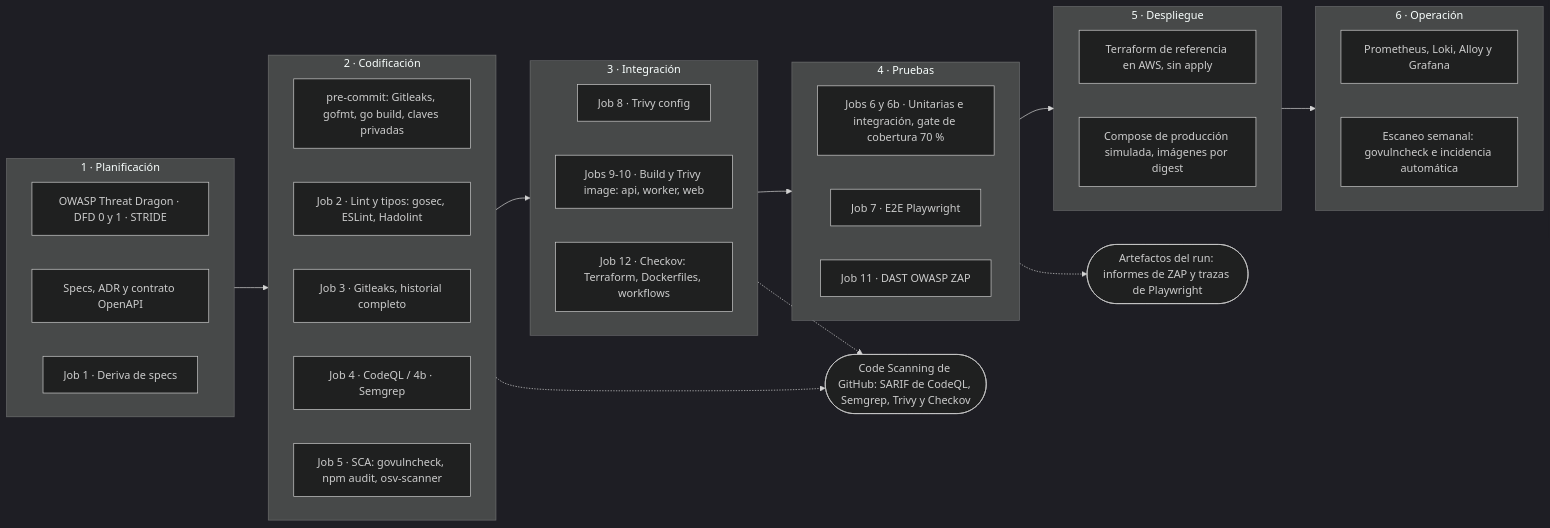
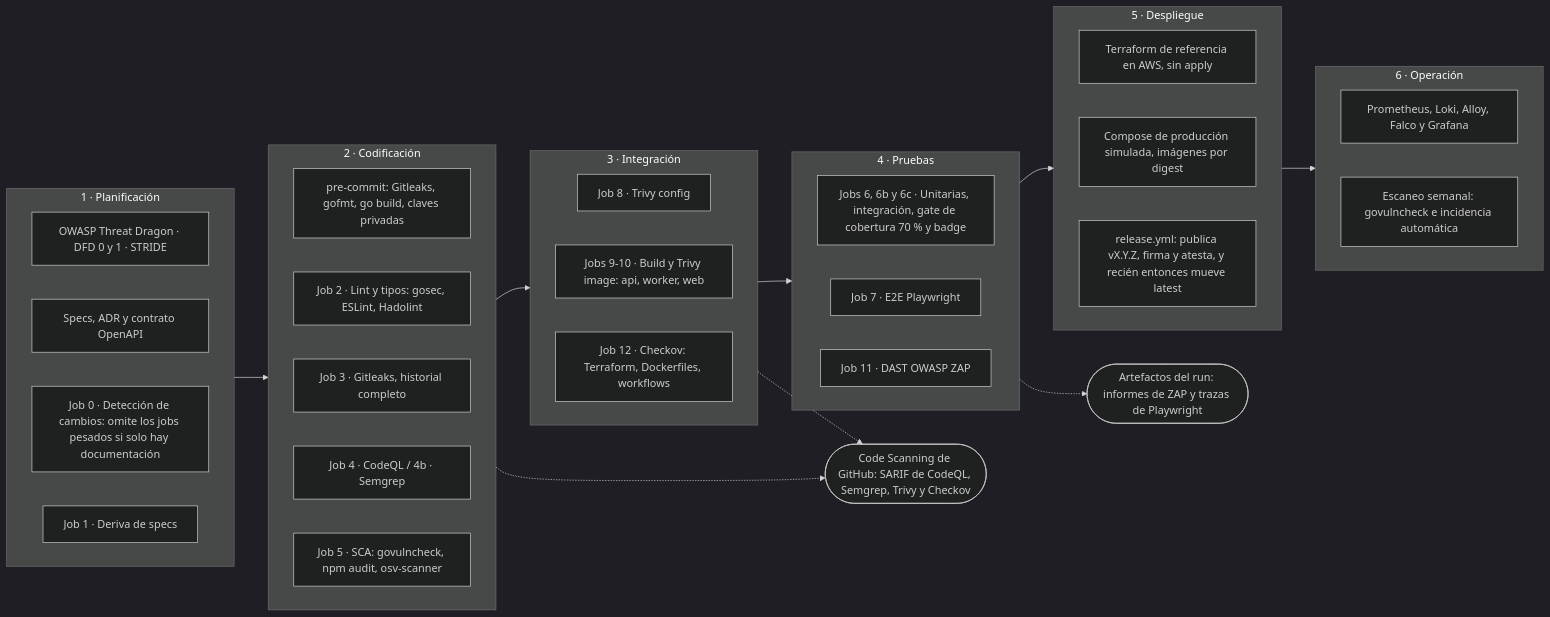
One commit to jorgepaez-ops/IdentityHub changed the first of 3 diagrams in docs/informe/informe-tecnico.md. Above: the diagram before and after it, drawn with Mermaid (dark theme). The commit also changed other lines of this file, not shown here.

````diff
--- a/docs/informe/informe-tecnico.md
+++ b/docs/informe/informe-tecnico.md
@@ -89,48 +89,50 @@
 ```mermaid
 %%landscape
-%%caption: Pipeline DevSecOps de Identity Hub por fases (fuente: ci.yml, baseline-scan.yml y scheduled-scan.yml). En GitHub Actions casi todos los jobs corren en paralelo; solo la construcción de imágenes depende del job de lint.
+%%caption: Pipeline DevSecOps de Identity Hub por fases (fuente: ci.yml, baseline-scan.yml y scheduled-scan.yml). En GitHub Actions casi todos los jobs corren en paralelo; los pesados dependen del job 0, que decide si el cambio toca código, y la construcción de imágenes depende además del job de lint.
 flowchart LR
     subgraph F1["1 · Planificación"]
         direction LR
         TD["OWASP Threat Dragon · DFD 0 y 1 · STRIDE"]
         SP["Specs, ADR y contrato OpenAPI"]
+        J0["Job 0 · Detección de cambios: omite los jobs pesados si solo hay documentación"]
         J1["Job 1 · Deriva de specs"]
     end
     subgraph F2["2 · Codificación"]
         direction LR
         PC["pre-commit: Gitleaks, gofmt, go build, claves privadas"]
         J2["Job 2 · Lint y tipos: gosec, ESLint, Hadolint"]
         J3["Job 3 · Gitleaks, historial completo"]
         J4["Job 4 · CodeQL / 4b · Semgrep"]
         J5["Job 5 · SCA: govulncheck, npm audit, osv-scanner"]
     end
     subgraph F3["3 · Integración"]
         direction LR
         J8["Job 8 · Trivy config"]
         J9["Jobs 9-10 · Build y Trivy image: api, worker, web"]
         J12["Job 12 · Checkov: Terraform, Dockerfiles, workflows"]
     end
     subgraph F4["4 · Pruebas"]
         direction LR
-        J6["Jobs 6 y 6b · Unitarias e integración, gate de cobertura 70 %"]
+        J6["Jobs 6, 6b y 6c · Unitarias, integración, gate de cobertura 70 % y badge"]
         J7["Job 7 · E2E Playwright"]
         J11["Job 11 · DAST OWASP ZAP"]
     end
     subgraph F5["5 · Despliegue"]
         direction LR
         IAC["Terraform de referencia en AWS, sin apply"]
         PROD["Compose de producción simulada, imágenes por digest"]
+        REL["release.yml: publica vX.Y.Z, firma y atesta, y recién entonces mueve latest"]
     end
     subgraph F6["6 · Operación"]
         direction LR
-        OBS["Prometheus, Loki, Alloy y Grafana"]
+        OBS["Prometheus, Loki, Alloy, Falco y Grafana"]
         WK["Escaneo semanal: govulncheck e incidencia automática"]
     end
     CS(["Code Scanning de GitHub: SARIF de CodeQL, Semgrep, Trivy y Checkov"])
     ART(["Artefactos del run: informes de ZAP y trazas de Playwright"])
 
     F1 --> F2 --> F3 --> F4 --> F5 --> F6
     F2 -.-> CS
     F3 -.-> CS
     F4 -.-> ART
 ```
````
